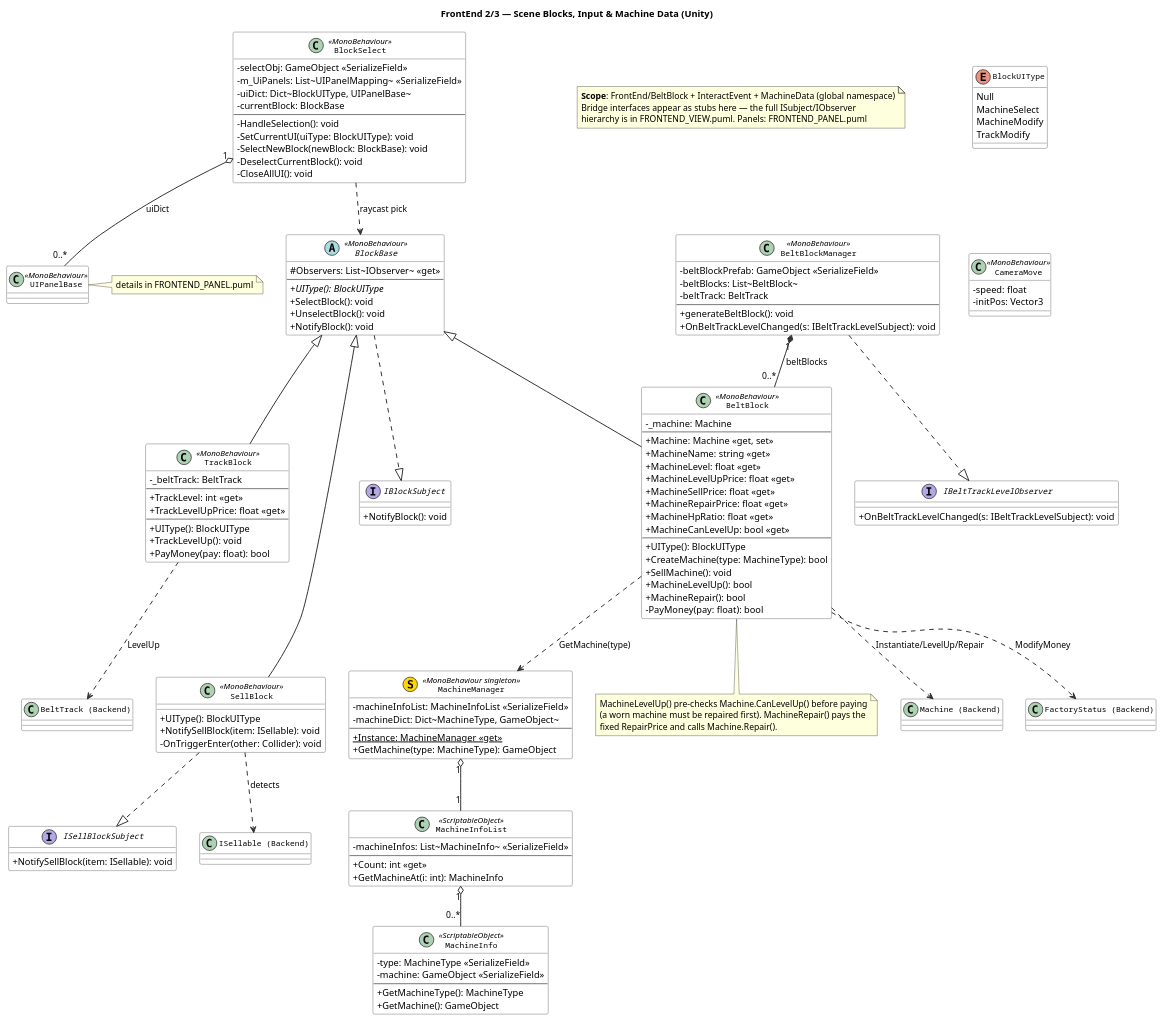
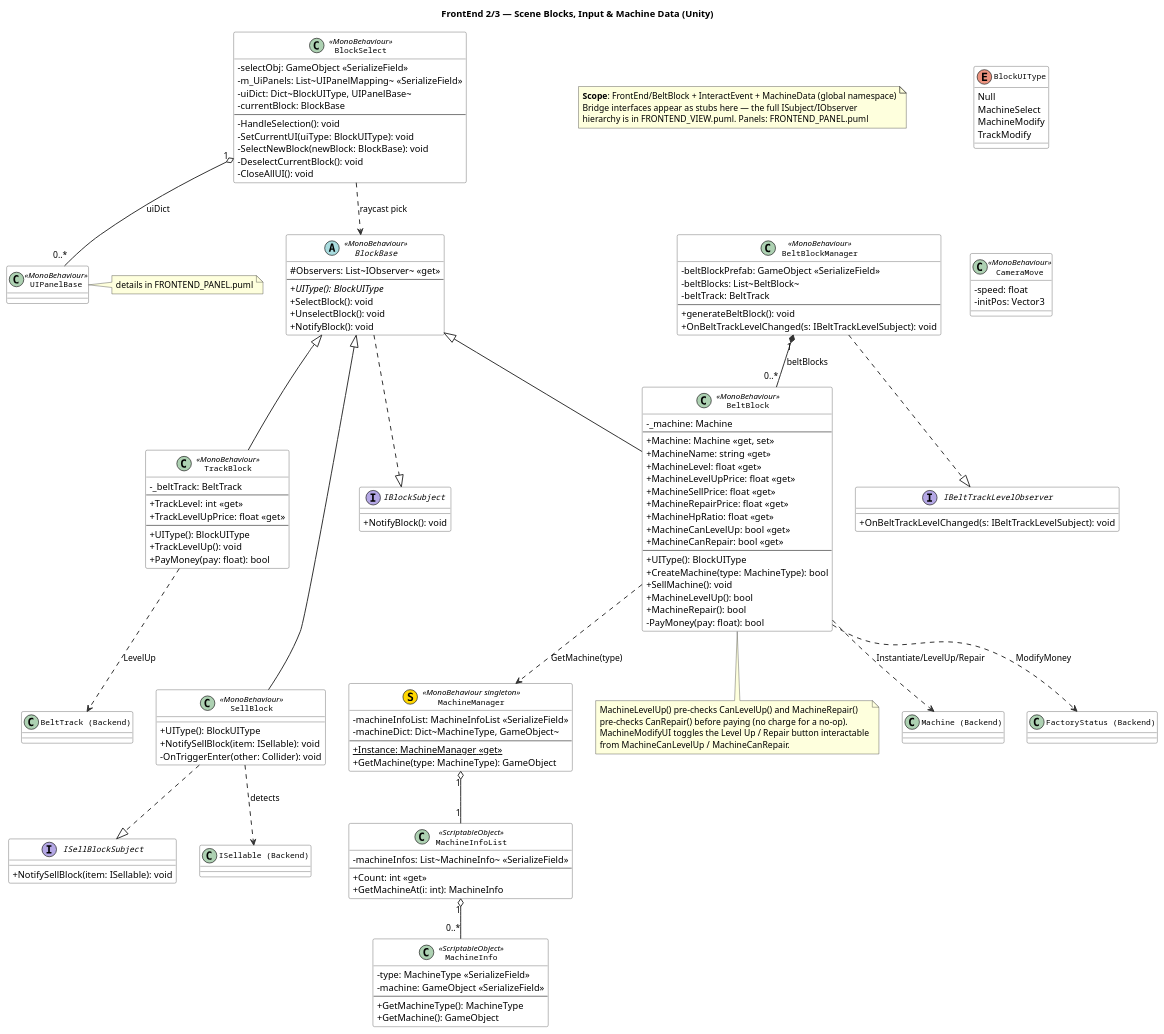
Before and after one commit to dotori235/OOPS-Project: the diagram in Assets/Scripts/FRONTEND_BLOCK.puml, drawn with PlantUML. The commit also changed 9 other files, not shown here.

```diff
--- a/Assets/Scripts/FRONTEND_BLOCK.puml
+++ b/Assets/Scripts/FRONTEND_BLOCK.puml
@@ -1,186 +1,188 @@
 @startuml FRONTEND_BLOCK
 
 skinparam classAttributeIconSize 0
 skinparam classFontName Courier
 skinparam classFontSize 12
 skinparam classHeaderBackgroundColor #D8E8F0
 skinparam classBorderColor #333333
 skinparam classBackgroundColor #FFFFFF
 skinparam interfaceBackgroundColor #E8F4E8
 skinparam interfaceBorderColor #336633
 skinparam arrowColor #333333
 skinparam arrowThickness 1.5
 
 title FrontEnd 2/3 — Scene Blocks, Input & Machine Data (Unity)
 
 note as N1
   <b>Scope</b>: FrontEnd/BeltBlock + InteractEvent + MachineData (global namespace)
   Bridge interfaces appear as stubs here — the full ISubject/IObserver
   hierarchy is in FRONTEND_VIEW.puml. Panels: FRONTEND_PANEL.puml
 end note
 
 ' ══════════════════════════════════════════════
 ' Bridge interface stubs (full hierarchy: FRONTEND_VIEW.puml)
 ' ══════════════════════════════════════════════
 
 interface IBlockSubject {
   +NotifyBlock(): void
 }
 interface ISellBlockSubject {
   +NotifySellBlock(item: ISellable): void
 }
 interface IBeltTrackLevelObserver {
   +OnBeltTrackLevelChanged(s: IBeltTrackLevelSubject): void
 }
 
 ' ══════════════════════════════════════════════
 ' BLOCK system (selectable blocks in the scene)
 ' ══════════════════════════════════════════════
 
 abstract class BlockBase << MonoBehaviour >> {
   #Observers: List~IObserver~ <<get>>
   --
   +{abstract} UIType(): BlockUIType
   +SelectBlock(): void
   +UnselectBlock(): void
   +NotifyBlock(): void
 }
 
 class BeltBlock << MonoBehaviour >> {
   -_machine: Machine
   --
   +Machine: Machine <<get, set>>
   +MachineName: string <<get>>
   +MachineLevel: float <<get>>
   +MachineLevelUpPrice: float <<get>>
   +MachineSellPrice: float <<get>>
   +MachineRepairPrice: float <<get>>
   +MachineHpRatio: float <<get>>
   +MachineCanLevelUp: bool <<get>>
+  +MachineCanRepair: bool <<get>>
   --
   +UIType(): BlockUIType
   +CreateMachine(type: MachineType): bool
   +SellMachine(): void
   +MachineLevelUp(): bool
   +MachineRepair(): bool
   -PayMoney(pay: float): bool
 }
 
 note bottom of BeltBlock
-  MachineLevelUp() pre-checks Machine.CanLevelUp() before paying
-  (a worn machine must be repaired first). MachineRepair() pays the
-  fixed RepairPrice and calls Machine.Repair().
+  MachineLevelUp() pre-checks CanLevelUp() and MachineRepair()
+  pre-checks CanRepair() before paying (no charge for a no-op).
+  MachineModifyUI toggles the Level Up / Repair button interactable
+  from MachineCanLevelUp / MachineCanRepair.
 end note
 
 class TrackBlock << MonoBehaviour >> {
   -_beltTrack: BeltTrack
   --
   +TrackLevel: int <<get>>
   +TrackLevelUpPrice: float <<get>>
   --
   +UIType(): BlockUIType
   +TrackLevelUp(): void
   +PayMoney(pay: float): bool
 }
 
 class SellBlock << MonoBehaviour >> {
   +UIType(): BlockUIType
   +NotifySellBlock(item: ISellable): void
   -OnTriggerEnter(other: Collider): void
 }
 
 class BeltBlockManager << MonoBehaviour >> {
   -beltBlockPrefab: GameObject <<SerializeField>>
   -beltBlocks: List~BeltBlock~
   -beltTrack: BeltTrack
   --
   +generateBeltBlock(): void
   +OnBeltTrackLevelChanged(s: IBeltTrackLevelSubject): void
 }
 
 BlockBase ..|> IBlockSubject
 BlockBase <|-- BeltBlock
 BlockBase <|-- TrackBlock
 BlockBase <|-- SellBlock
 SellBlock ..|> ISellBlockSubject
 BeltBlockManager ..|> IBeltTrackLevelObserver
 BeltBlockManager "1" *-- "0..*" BeltBlock : beltBlocks
 BeltBlock ..> "Machine (Backend)" : Instantiate/LevelUp/Repair
 BeltBlock ..> "FactoryStatus (Backend)" : ModifyMoney
 TrackBlock ..> "BeltTrack (Backend)" : LevelUp
 SellBlock ..> "ISellable (Backend)" : detects
 
 ' stack siblings to limit width
 TrackBlock -[hidden]- SellBlock
 
 ' ══════════════════════════════════════════════
 ' Input / selection (InteractEvent)
 ' ══════════════════════════════════════════════
 
 enum BlockUIType {
   Null
   MachineSelect
   MachineModify
   TrackModify
 }
 
 class BlockSelect << MonoBehaviour >> {
   -selectObj: GameObject <<SerializeField>>
   -m_UiPanels: List~UIPanelMapping~ <<SerializeField>>
   -uiDict: Dict~BlockUIType, UIPanelBase~
   -currentBlock: BlockBase
   --
   -HandleSelection(): void
   -SetCurrentUI(uiType: BlockUIType): void
   -SelectNewBlock(newBlock: BlockBase): void
   -DeselectCurrentBlock(): void
   -CloseAllUI(): void
 }
 
 class CameraMove << MonoBehaviour >> {
   -speed: float
   -initPos: Vector3
 }
 
 class UIPanelBase << MonoBehaviour >>
 note right of UIPanelBase : details in FRONTEND_PANEL.puml
 
 BlockSelect ..> BlockBase : raycast pick
 BlockSelect "1" o-- "0..*" UIPanelBase : uiDict
 
 ' ══════════════════════════════════════════════
 ' MACHINE DATA (ScriptableObject)
 ' ══════════════════════════════════════════════
 
 class MachineManager << (S,#FFD700) MonoBehaviour singleton >> {
   -machineInfoList: MachineInfoList <<SerializeField>>
   -machineDict: Dict~MachineType, GameObject~
   --
   +Instance: MachineManager <<get>> {static}
   +GetMachine(type: MachineType): GameObject
 }
 
 class MachineInfoList << ScriptableObject >> {
   -machineInfos: List~MachineInfo~ <<SerializeField>>
   --
   +Count: int <<get>>
   +GetMachineAt(i: int): MachineInfo
 }
 
 class MachineInfo << ScriptableObject >> {
   -type: MachineType <<SerializeField>>
   -machine: GameObject <<SerializeField>>
   --
   +GetMachineType(): MachineType
   +GetMachine(): GameObject
 }
 
 MachineManager "1" o-- "1" MachineInfoList
 MachineInfoList "1" o-- "0..*" MachineInfo
 BeltBlock ..> MachineManager : GetMachine(type)
 
 ' anchor otherwise-disconnected nodes below the graph
 ' instead of letting them widen the layout sideways
 BlockUIType -[hidden]- CameraMove
 
 @enduml
```
